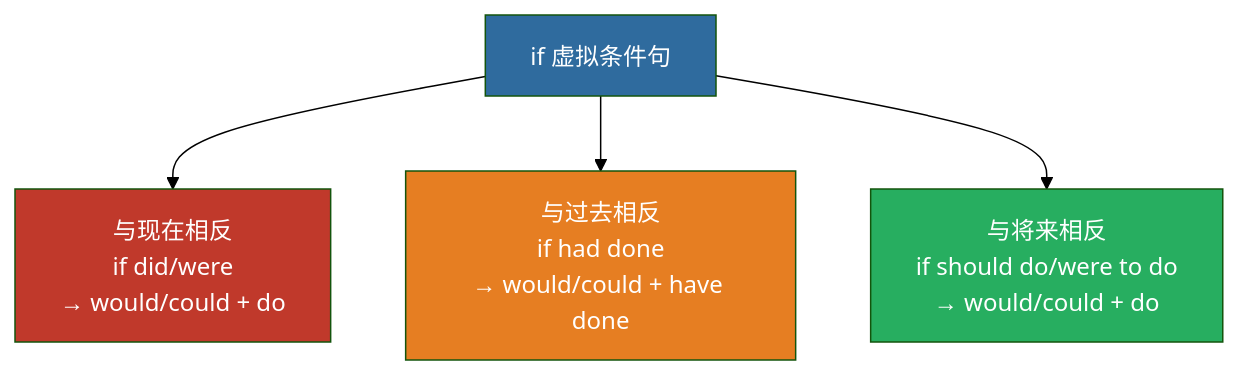
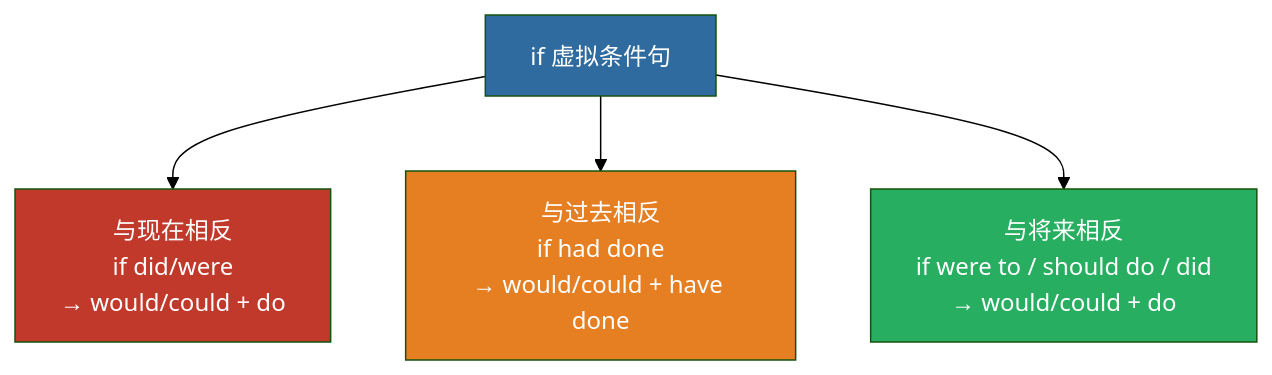
Before and after one commit to wpc725562-dotcom/darling016123: the third of 4 diagrams in docs/posts/english/notes/grammar.md, drawn with Mermaid (forest theme). The commit also changed other lines of this file and 530 other files, not shown here.

````diff
--- a/docs/posts/english/notes/grammar.md
+++ b/docs/posts/english/notes/grammar.md
@@ -171,11 +303,11 @@
 ```mermaid
 flowchart TD
     A[if 虚拟条件句] --> B[与现在相反<br/>if did/were<br/>→ would/could + do]
     A --> C[与过去相反<br/>if had done<br/>→ would/could + have done]
-    A --> D[与将来相反<br/>if should do/were to do<br/>→ would/could + do]
+    A --> D[与将来相反<br/>if were to / should do / did<br/>→ would/could + do]
 
     style A fill:#2F6B9E,color:#fff
     style B fill:#C0392B,color:#fff
     style C fill:#E67E22,color:#fff
     style D fill:#27AE60,color:#fff
 ```
````
